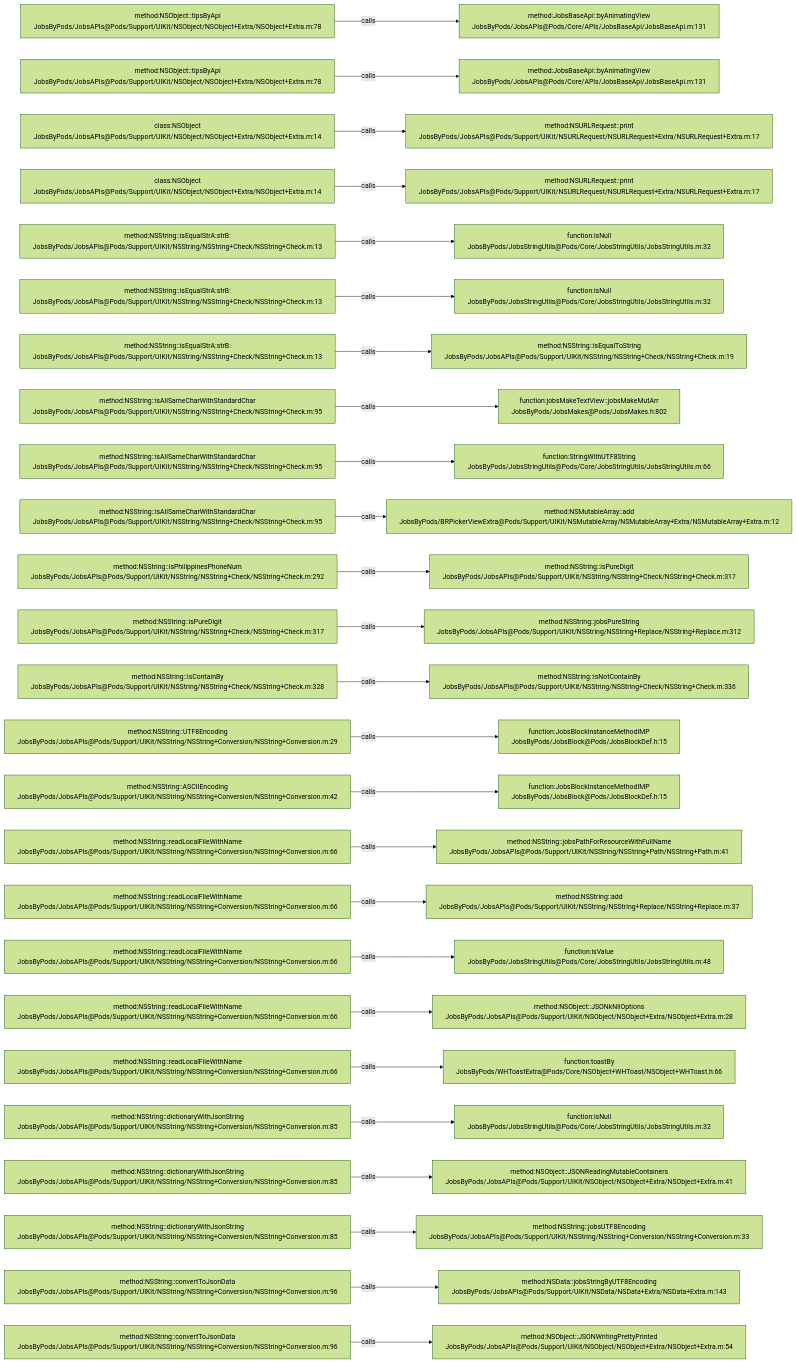
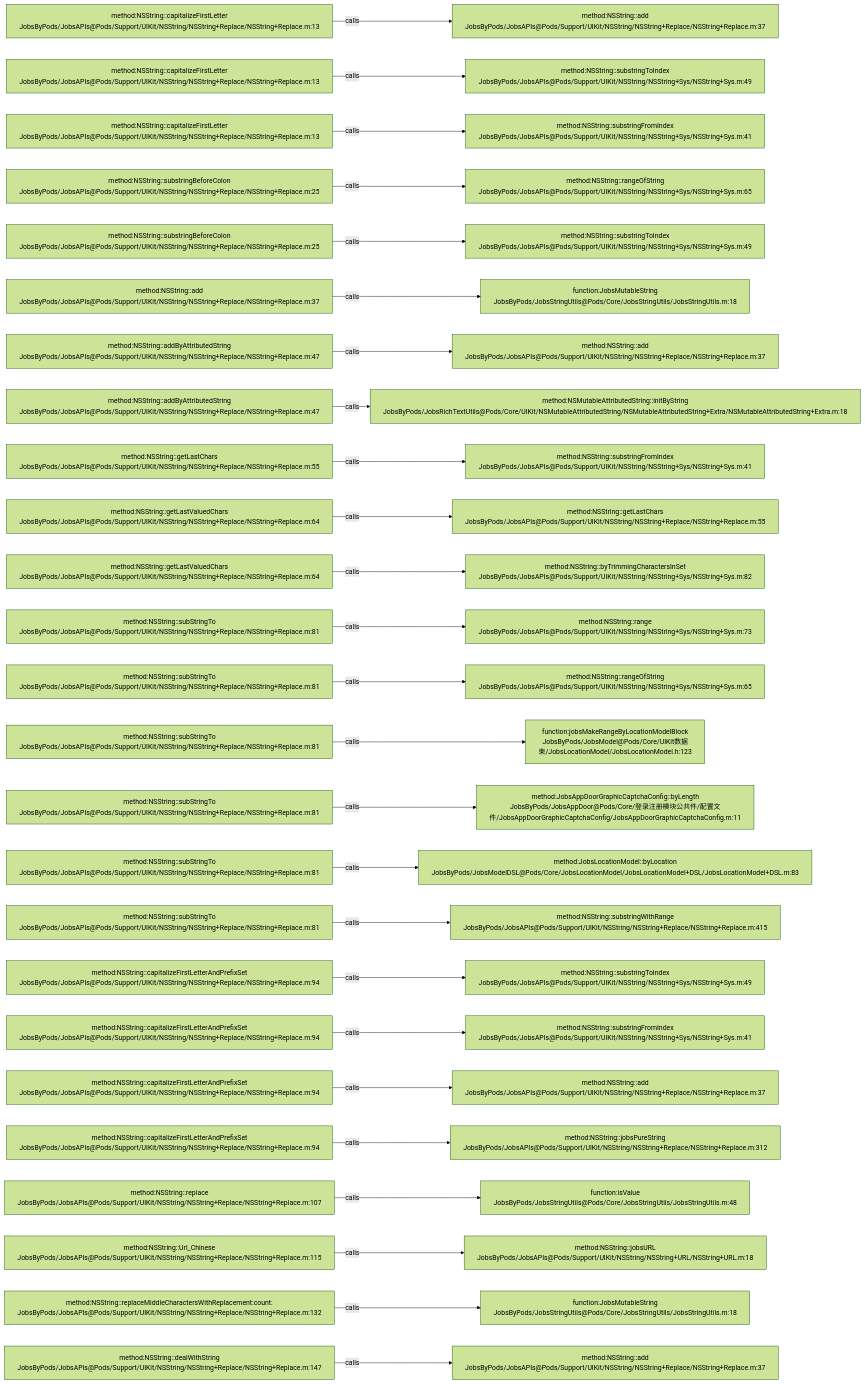
Before and after one commit to JobsKits/JobsOCBaseConfigDemo: the diagram in .codegraph/codegraph.md/graphs/calls-084.md, drawn with Mermaid (forest theme). The commit also changed 223 other files, not shown here.

````diff
--- a/.codegraph/codegraph.md/graphs/calls-084.md
+++ b/.codegraph/codegraph.md/graphs/calls-084.md
@@ -13,78 +13,78 @@
 ```mermaid
 flowchart LR
-  S1["method:NSObject::tipsByApi<br/>JobsByPods/JobsAPIs@Pods/Support/UIKit/NSObject/NSObject+Extra/NSObject+Extra.m:78"]
-  T1["method:JobsBaseApi::byAnimatingView<br/>JobsByPods/JobsAPIs@Pods/Core/APIs/JobsBaseApi/JobsBaseApi.m:131"]
+  S1["method:NSString::capitalizeFirstLetter<br/>JobsByPods/JobsAPIs@Pods/Support/UIKit/NSString/NSString+Replace/NSString+Replace.m:13"]
+  T1["method:NSString::add<br/>JobsByPods/JobsAPIs@Pods/Support/UIKit/NSString/NSString+Replace/NSString+Replace.m:37"]
   S1 -->|calls| T1
-  S2["method:NSObject::tipsByApi<br/>JobsByPods/JobsAPIs@Pods/Support/UIKit/NSObject/NSObject+Extra/NSObject+Extra.m:78"]
-  T2["method:JobsBaseApi::byAnimatingView<br/>JobsByPods/JobsAPIs@Pods/Core/APIs/JobsBaseApi/JobsBaseApi.m:131"]
+  S2["method:NSString::capitalizeFirstLetter<br/>JobsByPods/JobsAPIs@Pods/Support/UIKit/NSString/NSString+Replace/NSString+Replace.m:13"]
+  T2["method:NSString::substringToIndex<br/>JobsByPods/JobsAPIs@Pods/Support/UIKit/NSString/NSString+Sys/NSString+Sys.m:49"]
   S2 -->|calls| T2
-  S3["class:NSObject<br/>JobsByPods/JobsAPIs@Pods/Support/UIKit/NSObject/NSObject+Extra/NSObject+Extra.m:14"]
-  T3["method:NSURLRequest::print<br/>JobsByPods/JobsAPIs@Pods/Support/UIKit/NSURLRequest/NSURLRequest+Extra/NSURLRequest+Extra.m:17"]
+  S3["method:NSString::capitalizeFirstLetter<br/>JobsByPods/JobsAPIs@Pods/Support/UIKit/NSString/NSString+Replace/NSString+Replace.m:13"]
+  T3["method:NSString::substringFromIndex<br/>JobsByPods/JobsAPIs@Pods/Support/UIKit/NSString/NSString+Sys/NSString+Sys.m:41"]
   S3 -->|calls| T3
-  S4["class:NSObject<br/>JobsByPods/JobsAPIs@Pods/Support/UIKit/NSObject/NSObject+Extra/NSObject+Extra.m:14"]
-  T4["method:NSURLRequest::print<br/>JobsByPods/JobsAPIs@Pods/Support/UIKit/NSURLRequest/NSURLRequest+Extra/NSURLRequest+Extra.m:17"]
+  S4["method:NSString::substringBeforeColon<br/>JobsByPods/JobsAPIs@Pods/Support/UIKit/NSString/NSString+Replace/NSString+Replace.m:25"]
+  T4["method:NSString::rangeOfString<br/>JobsByPods/JobsAPIs@Pods/Support/UIKit/NSString/NSString+Sys/NSString+Sys.m:65"]
   S4 -->|calls| T4
-  S5["method:NSString::isEqualStrA:strB:<br/>JobsByPods/JobsAPIs@Pods/Support/UIKit/NSString/NSString+Check/NSString+Check.m:13"]
-  T5["function:isNull<br/>JobsByPods/JobsStringUtils@Pods/Core/JobsStringUtils/JobsStringUtils.m:32"]
+  S5["method:NSString::substringBeforeColon<br/>JobsByPods/JobsAPIs@Pods/Support/UIKit/NSString/NSString+Replace/NSString+Replace.m:25"]
+  T5["method:NSString::substringToIndex<br/>JobsByPods/JobsAPIs@Pods/Support/UIKit/NSString/NSString+Sys/NSString+Sys.m:49"]
   S5 -->|calls| T5
-  S6["method:NSString::isEqualStrA:strB:<br/>JobsByPods/JobsAPIs@Pods/Support/UIKit/NSString/NSString+Check/NSString+Check.m:13"]
-  T6["function:isNull<br/>JobsByPods/JobsStringUtils@Pods/Core/JobsStringUtils/JobsStringUtils.m:32"]
+  S6["method:NSString::add<br/>JobsByPods/JobsAPIs@Pods/Support/UIKit/NSString/NSString+Replace/NSString+Replace.m:37"]
+  T6["function:JobsMutableString<br/>JobsByPods/JobsStringUtils@Pods/Core/JobsStringUtils/JobsStringUtils.m:18"]
   S6 -->|calls| T6
-  S7["method:NSString::isEqualStrA:strB:<br/>JobsByPods/JobsAPIs@Pods/Support/UIKit/NSString/NSString+Check/NSString+Check.m:13"]
-  T7["method:NSString::isEqualToString<br/>JobsByPods/JobsAPIs@Pods/Support/UIKit/NSString/NSString+Check/NSString+Check.m:19"]
+  S7["method:NSString::addByAttributedString<br/>JobsByPods/JobsAPIs@Pods/Support/UIKit/NSString/NSString+Replace/NSString+Replace.m:47"]
+  T7["method:NSString::add<br/>JobsByPods/JobsAPIs@Pods/Support/UIKit/NSString/NSString+Replace/NSString+Replace.m:37"]
   S7 -->|calls| T7
-  S8["method:NSString::isAllSameCharWithStandardChar<br/>JobsByPods/JobsAPIs@Pods/Support/UIKit/NSString/NSString+Check/NSString+Check.m:95"]
-  T8["function:jobsMakeTextView::jobsMakeMutArr<br/>JobsByPods/JobsMakes@Pods/JobsMakes.h:802"]
+  S8["method:NSString::addByAttributedString<br/>JobsByPods/JobsAPIs@Pods/Support/UIKit/NSString/NSString+Replace/NSString+Replace.m:47"]
+  T8["method:NSMutableAttributedString::initByString<br/>JobsByPods/JobsRichTextUtils@Pods/Core/UIKit/NSMutableAttributedString/NSMutableAttributedString+Extra/NSMutableAttributedString+Extra.m:18"]
   S8 -->|calls| T8
-  S9["method:NSString::isAllSameCharWithStandardChar<br/>JobsByPods/JobsAPIs@Pods/Support/UIKit/NSString/NSString+Check/NSString+Check.m:95"]
-  T9["function:StringWithUTF8String<br/>JobsByPods/JobsStringUtils@Pods/Core/JobsStringUtils/JobsStringUtils.m:66"]
+  S9["method:NSString::getLastChars<br/>JobsByPods/JobsAPIs@Pods/Support/UIKit/NSString/NSString+Replace/NSString+Replace.m:55"]
+  T9["method:NSString::substringFromIndex<br/>JobsByPods/JobsAPIs@Pods/Support/UIKit/NSString/NSString+Sys/NSString+Sys.m:41"]
   S9 -->|calls| T9
-  S10["method:NSString::isAllSameCharWithStandardChar<br/>JobsByPods/JobsAPIs@Pods/Support/UIKit/NSString/NSString+Check/NSString+Check.m:95"]
-  T10["method:NSMutableArray::add<br/>JobsByPods/BRPickerViewExtra@Pods/Support/UIKit/NSMutableArray/NSMutableArray+Extra/NSMutableArray+Extra.m:12"]
+  S10["method:NSString::getLastValuedChars<br/>JobsByPods/JobsAPIs@Pods/Support/UIKit/NSString/NSString+Replace/NSString+Replace.m:64"]
+  T10["method:NSString::getLastChars<br/>JobsByPods/JobsAPIs@Pods/Support/UIKit/NSString/NSString+Replace/NSString+Replace.m:55"]
   S10 -->|calls| T10
-  S11["method:NSString::isPhilippinesPhoneNum<br/>JobsByPods/JobsAPIs@Pods/Support/UIKit/NSString/NSString+Check/NSString+Check.m:292"]
-  T11["method:NSString::isPureDigit<br/>JobsByPods/JobsAPIs@Pods/Support/UIKit/NSString/NSString+Check/NSString+Check.m:317"]
+  S11["method:NSString::getLastValuedChars<br/>JobsByPods/JobsAPIs@Pods/Support/UIKit/NSString/NSString+Replace/NSString+Replace.m:64"]
+  T11["method:NSString::byTrimmingCharactersInSet<br/>JobsByPods/JobsAPIs@Pods/Support/UIKit/NSString/NSString+Sys/NSString+Sys.m:82"]
   S11 -->|calls| T11
-  S12["method:NSString::isPureDigit<br/>JobsByPods/JobsAPIs@Pods/Support/UIKit/NSString/NSString+Check/NSString+Check.m:317"]
-  T12["method:NSString::jobsPureString<br/>JobsByPods/JobsAPIs@Pods/Support/UIKit/NSString/NSString+Replace/NSString+Replace.m:312"]
+  S12["method:NSString::subStringTo<br/>JobsByPods/JobsAPIs@Pods/Support/UIKit/NSString/NSString+Replace/NSString+Replace.m:81"]
+  T12["method:NSString::range<br/>JobsByPods/JobsAPIs@Pods/Support/UIKit/NSString/NSString+Sys/NSString+Sys.m:73"]
   S12 -->|calls| T12
-  S13["method:NSString::isContainBy<br/>JobsByPods/JobsAPIs@Pods/Support/UIKit/NSString/NSString+Check/NSString+Check.m:328"]
-  T13["method:NSString::isNotContainBy<br/>JobsByPods/JobsAPIs@Pods/Support/UIKit/NSString/NSString+Check/NSString+Check.m:336"]
+  S13["method:NSString::subStringTo<br/>JobsByPods/JobsAPIs@Pods/Support/UIKit/NSString/NSString+Replace/NSString+Replace.m:81"]
+  T13["method:NSString::rangeOfString<br/>JobsByPods/JobsAPIs@Pods/Support/UIKit/NSString/NSString+Sys/NSString+Sys.m:65"]
   S13 -->|calls| T13
-  S14["method:NSString::UTF8Encoding<br/>JobsByPods/JobsAPIs@Pods/Support/UIKit/NSString/NSString+Conversion/NSString+Conversion.m:29"]
-  T14["function:JobsBlockInstanceMethodIMP<br/>JobsByPods/JobsBlock@Pods/JobsBlockDef.h:15"]
+  S14["method:NSString::subStringTo<br/>JobsByPods/JobsAPIs@Pods/Support/UIKit/NSString/NSString+Replace/NSString+Replace.m:81"]
+  T14["function:jobsMakeRangeByLocationModelBlock<br/>JobsByPods/JobsModel@Pods/Core/UIKit数据束/JobsLocationModel/JobsLocationModel.h:123"]
   S14 -->|calls| T14
-  S15["method:NSString::ASCIIEncoding<br/>JobsByPods/JobsAPIs@Pods/Support/UIKit/NSString/NSString+Conversion/NSString+Conversion.m:42"]
-  T15["function:JobsBlockInstanceMethodIMP<br/>JobsByPods/JobsBlock@Pods/JobsBlockDef.h:15"]
+  S15["method:NSString::subStringTo<br/>JobsByPods/JobsAPIs@Pods/Support/UIKit/NSString/NSString+Replace/NSString+Replace.m:81"]
+  T15["method:JobsAppDoorGraphicCaptchaConfig::byLength<br/>JobsByPods/JobsAppDoor@Pods/Core/登录注册模块公共件/配置文件/JobsAppDoorGraphicCaptchaConfig/JobsAppDoorGraphicCaptchaConfig.m:11"]
   S15 -->|calls| T15
-  S16["method:NSString::readLocalFileWithName<br/>JobsByPods/JobsAPIs@Pods/Support/UIKit/NSString/NSString+Conversion/NSString+Conversion.m:66"]
-  T16["method:NSString::jobsPathForResourceWithFullName<br/>JobsByPods/JobsAPIs@Pods/Support/UIKit/NSString/NSString+Path/NSString+Path.m:41"]
+  S16["method:NSString::subStringTo<br/>JobsByPods/JobsAPIs@Pods/Support/UIKit/NSString/NSString+Replace/NSString+Replace.m:81"]
+  T16["method:JobsLocationModel::byLocation<br/>JobsByPods/JobsModelDSL@Pods/Core/JobsLocationModel/JobsLocationModel+DSL/JobsLocationModel+DSL.m:83"]
   S16 -->|calls| T16
-  S17["method:NSString::readLocalFileWithName<br/>JobsByPods/JobsAPIs@Pods/Support/UIKit/NSString/NSString+Conversion/NSString+Conversion.m:66"]
-  T17["method:NSString::add<br/>JobsByPods/JobsAPIs@Pods/Support/UIKit/NSString/NSString+Replace/NSString+Replace.m:37"]
+  S17["method:NSString::subStringTo<br/>JobsByPods/JobsAPIs@Pods/Support/UIKit/NSString/NSString+Replace/NSString+Replace.m:81"]
+  T17["method:NSString::substringWithRange<br/>JobsByPods/JobsAPIs@Pods/Support/UIKit/NSString/NSString+Replace/NSString+Replace.m:415"]
   S17 -->|calls| T17
-  S18["method:NSString::readLocalFileWithName<br/>JobsByPods/JobsAPIs@Pods/Support/UIKit/NSString/NSString+Conversion/NSString+Conversion.m:66"]
-  T18["function:isValue<br/>JobsByPods/JobsStringUtils@Pods/Core/JobsStringUtils/JobsStringUtils.m:48"]
+  S18["method:NSString::capitalizeFirstLetterAndPrefixSet<br/>JobsByPods/JobsAPIs@Pods/Support/UIKit/NSString/NSString+Replace/NSString+Replace.m:94"]
+  T18["method:NSString::substringToIndex<br/>JobsByPods/JobsAPIs@Pods/Support/UIKit/NSString/NSString+Sys/NSString+Sys.m:49"]
   S18 -->|calls| T18
-  S19["method:NSString::readLocalFileWithName<br/>JobsByPods/JobsAPIs@Pods/Support/UIKit/NSString/NSString+Conversion/NSString+Conversion.m:66"]
-  T19["method:NSObject::JSONkNilOptions<br/>JobsByPods/JobsAPIs@Pods/Support/UIKit/NSObject/NSObject+Extra/NSObject+Extra.m:28"]
+  S19["method:NSString::capitalizeFirstLetterAndPrefixSet<br/>JobsByPods/JobsAPIs@Pods/Support/UIKit/NSString/NSString+Replace/NSString+Replace.m:94"]
+  T19["method:NSString::substringFromIndex<br/>JobsByPods/JobsAPIs@Pods/Support/UIKit/NSString/NSString+Sys/NSString+Sys.m:41"]
   S19 -->|calls| T19
-  S20["method:NSString::readLocalFileWithName<br/>JobsByPods/JobsAPIs@Pods/Support/UIKit/NSString/NSString+Conversion/NSString+Conversion.m:66"]
-  T20["function:toastBy<br/>JobsByPods/WHToastExtra@Pods/Core/NSObject+WHToast/NSObject+WHToast.h:66"]
+  S20["method:NSString::capitalizeFirstLetterAndPrefixSet<br/>JobsByPods/JobsAPIs@Pods/Support/UIKit/NSString/NSString+Replace/NSString+Replace.m:94"]
+  T20["method:NSString::add<br/>JobsByPods/JobsAPIs@Pods/Support/UIKit/NSString/NSString+Replace/NSString+Replace.m:37"]
   S20 -->|calls| T20
-  S21["method:NSString::dictionaryWithJsonString<br/>JobsByPods/JobsAPIs@Pods/Support/UIKit/NSString/NSString+Conversion/NSString+Conversion.m:85"]
-  T21["function:isNull<br/>JobsByPods/JobsStringUtils@Pods/Core/JobsStringUtils/JobsStringUtils.m:32"]
+  S21["method:NSString::capitalizeFirstLetterAndPrefixSet<br/>JobsByPods/JobsAPIs@Pods/Support/UIKit/NSString/NSString+Replace/NSString+Replace.m:94"]
+  T21["method:NSString::jobsPureString<br/>JobsByPods/JobsAPIs@Pods/Support/UIKit/NSString/NSString+Replace/NSString+Replace.m:312"]
   S21 -->|calls| T21
-  S22["method:NSString::dictionaryWithJsonString<br/>JobsByPods/JobsAPIs@Pods/Support/UIKit/NSString/NSString+Conversion/NSString+Conversion.m:85"]
-  T22["method:NSObject::JSONReadingMutableContainers<br/>JobsByPods/JobsAPIs@Pods/Support/UIKit/NSObject/NSObject+Extra/NSObject+Extra.m:41"]
+  S22["method:NSString::replace<br/>JobsByPods/JobsAPIs@Pods/Support/UIKit/NSString/NSString+Replace/NSString+Replace.m:107"]
+  T22["function:isValue<br/>JobsByPods/JobsStringUtils@Pods/Core/JobsStringUtils/JobsStringUtils.m:48"]
   S22 -->|calls| T22
-  S23["method:NSString::dictionaryWithJsonString<br/>JobsByPods/JobsAPIs@Pods/Support/UIKit/NSString/NSString+Conversion/NSString+Conversion.m:85"]
-  T23["method:NSString::jobsUTF8Encoding<br/>JobsByPods/JobsAPIs@Pods/Support/UIKit/NSString/NSString+Conversion/NSString+Conversion.m:33"]
+  S23["method:NSString::Url_Chinese<br/>JobsByPods/JobsAPIs@Pods/Support/UIKit/NSString/NSString+Replace/NSString+Replace.m:115"]
+  T23["method:NSString::jobsURL<br/>JobsByPods/JobsAPIs@Pods/Support/UIKit/NSString/NSString+URL/NSString+URL.m:18"]
   S23 -->|calls| T23
-  S24["method:NSString::convertToJsonData<br/>JobsByPods/JobsAPIs@Pods/Support/UIKit/NSString/NSString+Conversion/NSString+Conversion.m:96"]
-  T24["method:NSData::jobsStringByUTF8Encoding<br/>JobsByPods/JobsAPIs@Pods/Support/UIKit/NSData/NSData+Extra/NSData+Extra.m:143"]
+  S24["method:NSString::replaceMiddleCharactersWithReplacement:count:<br/>JobsByPods/JobsAPIs@Pods/Support/UIKit/NSString/NSString+Replace/NSString+Replace.m:132"]
+  T24["function:JobsMutableString<br/>JobsByPods/JobsStringUtils@Pods/Core/JobsStringUtils/JobsStringUtils.m:18"]
   S24 -->|calls| T24
-  S25["method:NSString::convertToJsonData<br/>JobsByPods/JobsAPIs@Pods/Support/UIKit/NSString/NSString+Conversion/NSString+Conversion.m:96"]
-  T25["method:NSObject::JSONWritingPrettyPrinted<br/>JobsByPods/JobsAPIs@Pods/Support/UIKit/NSObject/NSObject+Extra/NSObject+Extra.m:54"]
+  S25["method:NSString::dealWithString<br/>JobsByPods/JobsAPIs@Pods/Support/UIKit/NSString/NSString+Replace/NSString+Replace.m:147"]
+  T25["method:NSString::add<br/>JobsByPods/JobsAPIs@Pods/Support/UIKit/NSString/NSString+Replace/NSString+Replace.m:37"]
   S25 -->|calls| T25
 ```
````
